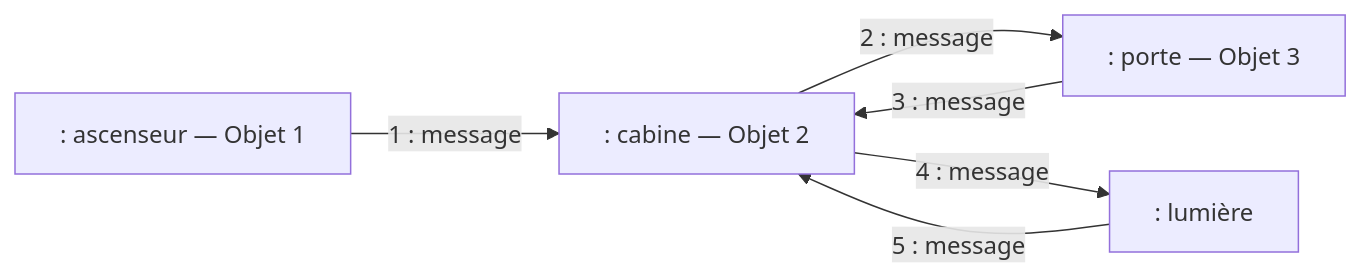
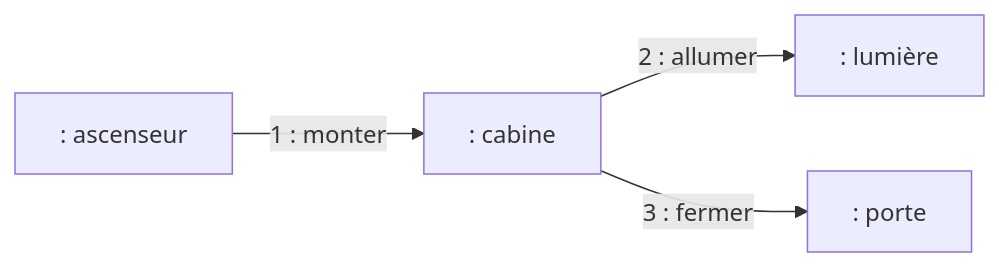
One commit to Yahya8bit/ensi-survival-kit changed diagram 20 of 30 in docs/Year 2/Semester 1/ACOO/Cours/acoo-analyse-modele-dynamique.md. Above: the diagram before and after it, drawn with Mermaid. The commit also changed other lines of this file, not shown here.

````diff
--- a/docs/Year 2/Semester 1/ACOO/Cours/acoo-analyse-modele-dynamique.md
+++ b/docs/Year 2/Semester 1/ACOO/Cours/acoo-analyse-modele-dynamique.md
@@ -572,8 +577,6 @@
 ```mermaid
 flowchart LR
-    Objet1[": ascenseur — Objet 1"] -->|"1 : message"| Objet2[": cabine — Objet 2"]
-    Objet2 -->|"2 : message"| Objet3[": porte — Objet 3"]
-    Objet2 -->|"4 : message"| Objet4[": lumière"]
-    Objet4 -->|"5 : message"| Objet2
-    Objet3 -->|"3 : message"| Objet2
+    Ascenseur[": ascenseur"] -->|"1 : monter"| Cabine[": cabine"]
+    Cabine -->|"2 : allumer"| Lumiere[": lumière"]
+    Cabine -->|"3 : fermer"| Porte[": porte"]
 ```
````
